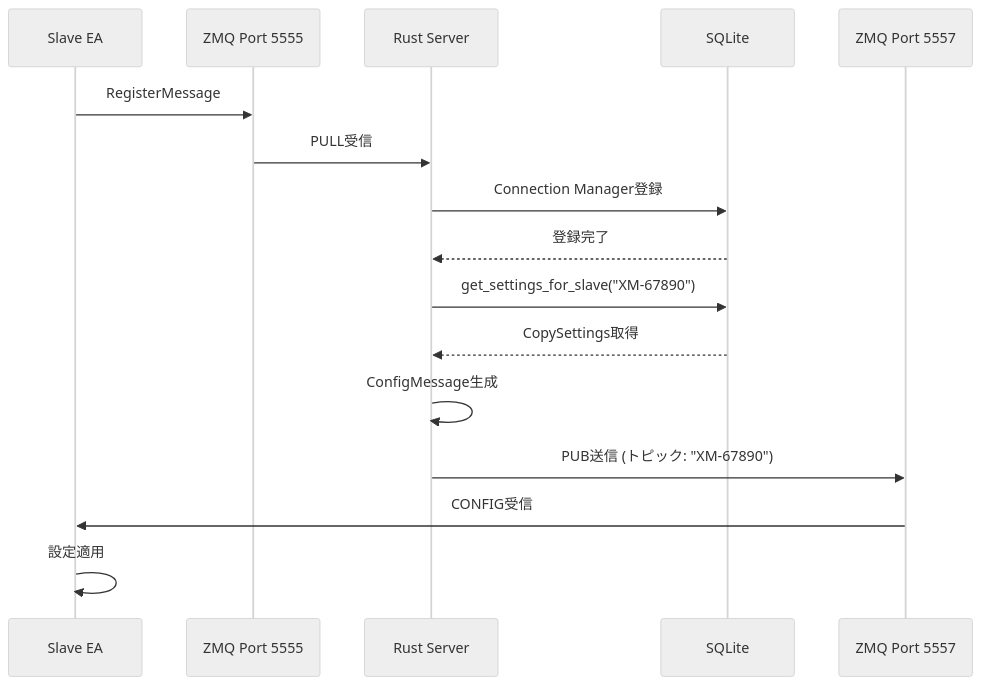
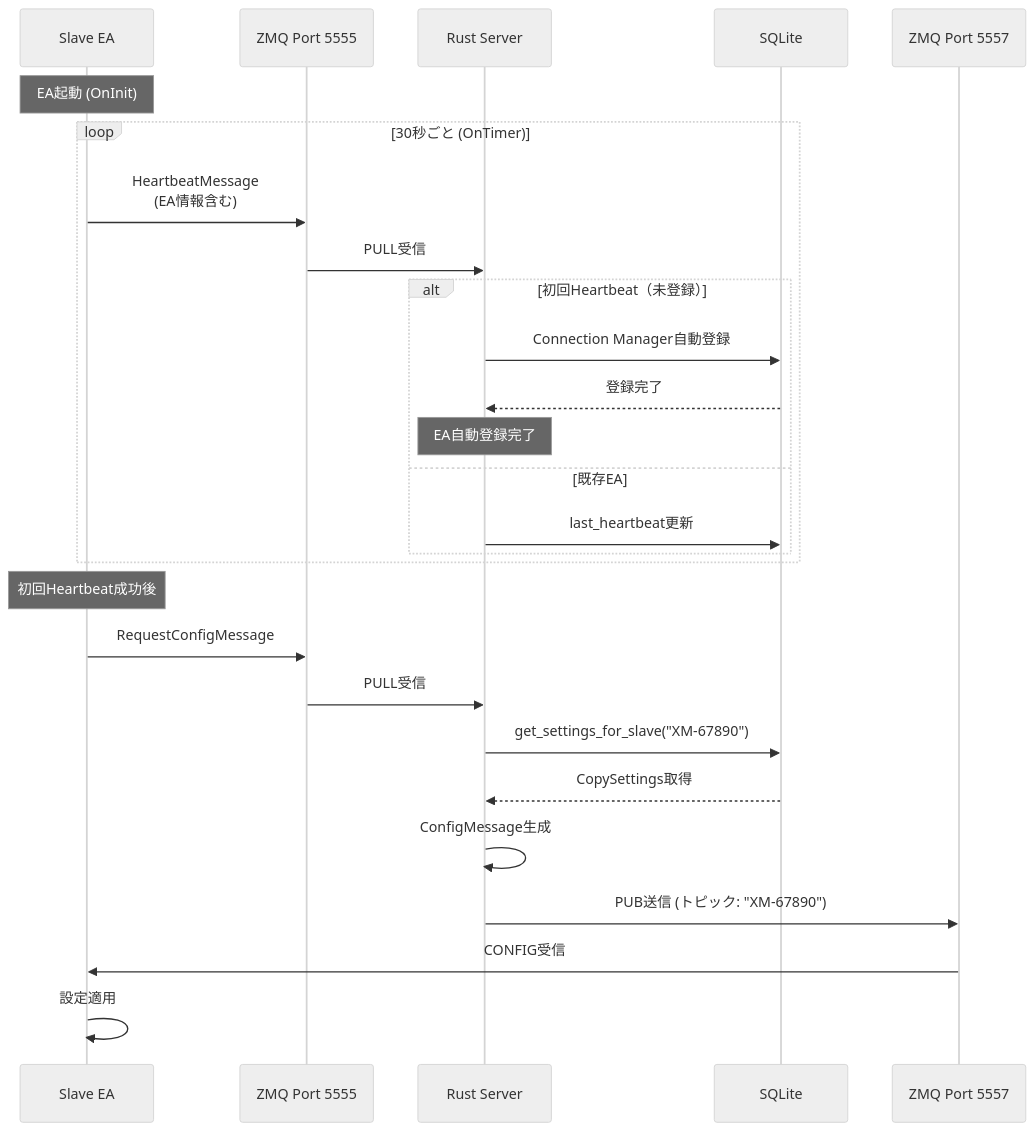
The third of 5 diagrams in docs/api-specification.md (poruru210/sankey-copier), drawn with Mermaid (neutral theme) before and after one commit. The commit also changed other lines of this file and 2 other files, not shown here.

First line of the commit message:
docs: Update documentation for Heartbeat-based auto-registration

````diff
--- a/docs/api-specification.md
+++ b/docs/api-specification.md
@@ -867,21 +868,34 @@
 ```mermaid
 sequenceDiagram
     participant Slave as Slave EA
     participant ZMQ5555 as ZMQ Port 5555
     participant Server as Rust Server
     participant DB as SQLite
     participant ZMQ5557 as ZMQ Port 5557
 
-    Slave->>ZMQ5555: RegisterMessage
+    Note over Slave: EA起動 (OnInit)
+
+    loop 30秒ごと (OnTimer)
+        Slave->>ZMQ5555: HeartbeatMessage<br/>(EA情報含む)
+        ZMQ5555->>Server: PULL受信
+
+        alt 初回Heartbeat（未登録）
+            Server->>DB: Connection Manager自動登録
+            DB-->>Server: 登録完了
+            Note over Server: EA自動登録完了
+        else 既存EA
+            Server->>DB: last_heartbeat更新
+        end
+    end
+
+    Note over Slave: 初回Heartbeat成功後
+    Slave->>ZMQ5555: RequestConfigMessage
     ZMQ5555->>Server: PULL受信
-    Server->>DB: Connection Manager登録
-    DB-->>Server: 登録完了
-
     Server->>DB: get_settings_for_slave("XM-67890")
     DB-->>Server: CopySettings取得
 
     Server->>Server: ConfigMessage生成
     Server->>ZMQ5557: PUB送信 (トピック: "XM-67890")
     ZMQ5557->>Slave: CONFIG受信
     Slave->>Slave: 設定適用
 ```
````
